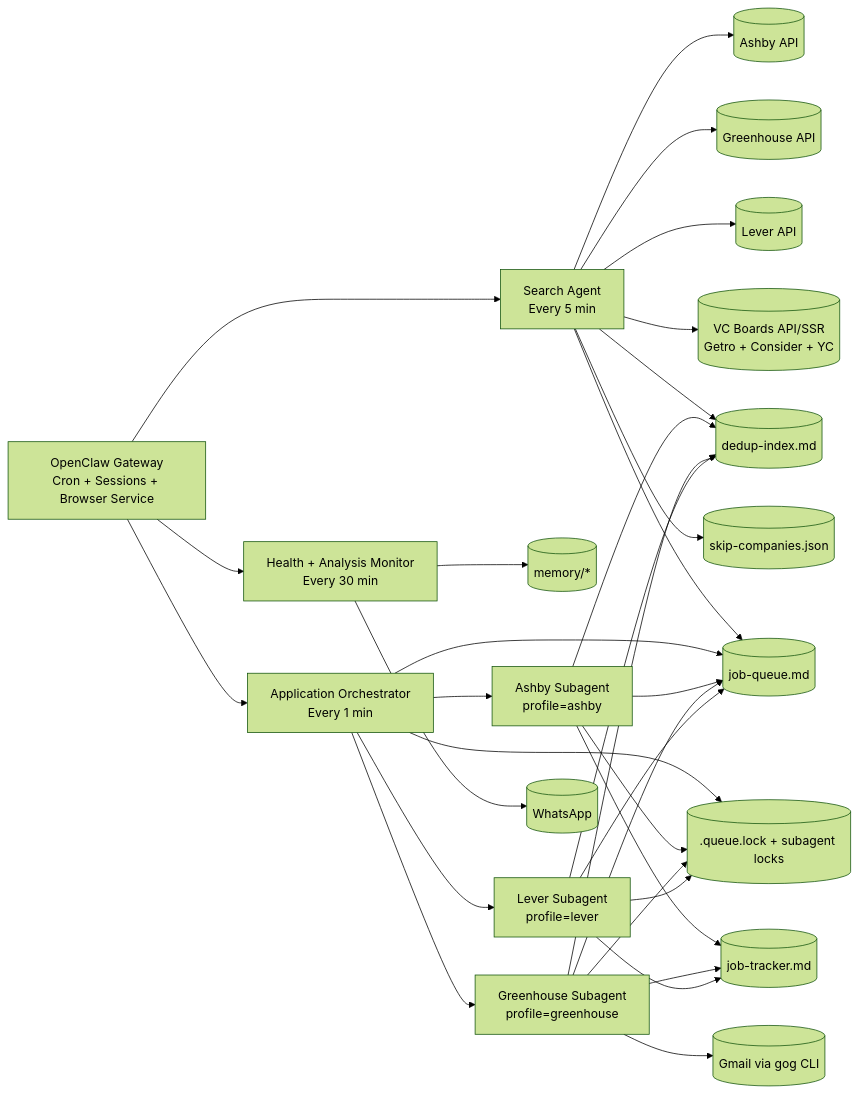
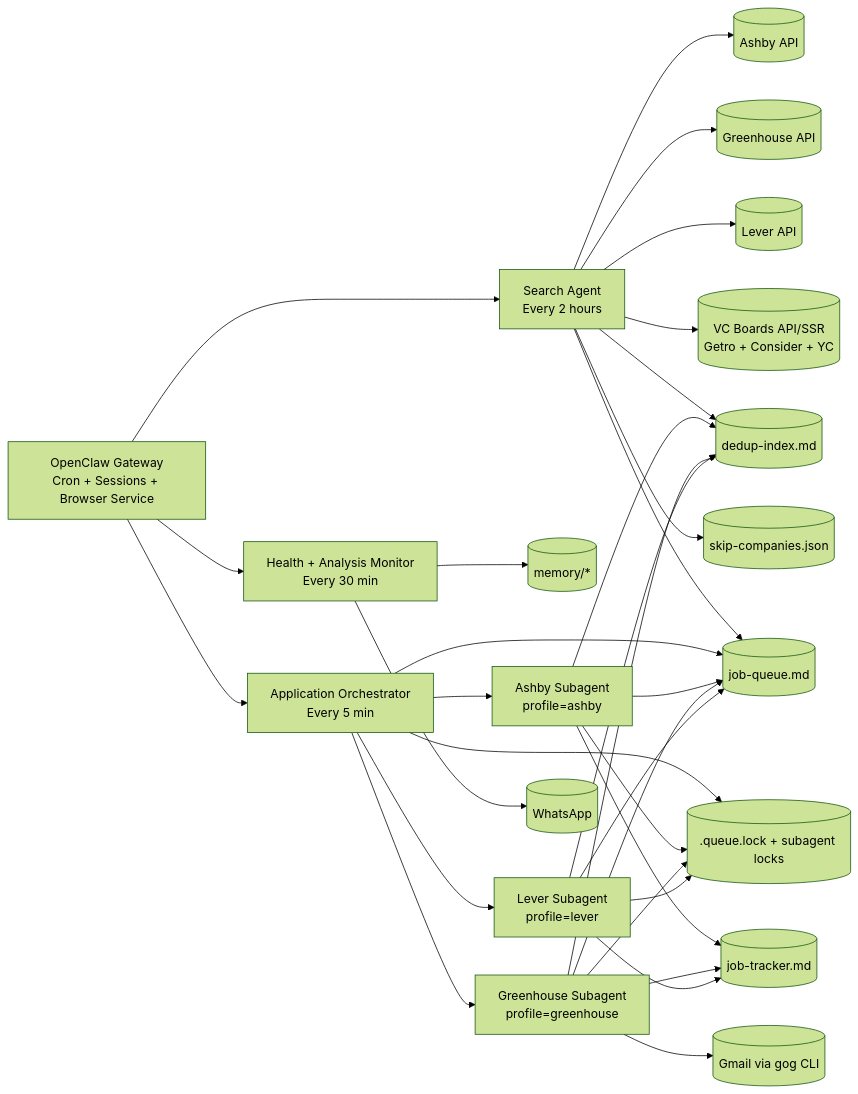
Before and after one commit to agi-2026/jobhunt: the first of 3 diagrams in README.md, drawn with Mermaid (forest theme). The commit also changed other lines of this file and 21 other files, not shown here.

````diff
--- a/README.md
+++ b/README.md
@@ -29,60 +29,60 @@
 ```mermaid
 flowchart LR
     OC[OpenClaw Gateway\nCron + Sessions + Browser Service]
-    SA[Search Agent\nEvery 5 min]
-    AO[Application Orchestrator\nEvery 1 min]
+    SA[Search Agent\nEvery 2 hours]
+    AO[Application Orchestrator\nEvery 5 min]
     HM[Health + Analysis Monitor\nEvery 30 min]
 
     Q[(job-queue.md)]
     D[(dedup-index.md)]
     T[(job-tracker.md)]
     L[(.queue.lock + subagent locks)]
     SKIP[(skip-companies.json)]
     MEM[(memory/*)]
 
     ASH[Ashby Subagent\nprofile=ashby]
     GH[Greenhouse Subagent\nprofile=greenhouse]
     LEV[Lever Subagent\nprofile=lever]
 
     ATSA[(Ashby API)]
     ATSG[(Greenhouse API)]
     ATSL[(Lever API)]
     VCB[(VC Boards API/SSR\nGetro + Consider + YC)]
     GMAIL[(Gmail via gog CLI)]
     WA[(WhatsApp)]
 
     OC --> SA
     OC --> AO
     OC --> HM
     SA --> ATSA
     SA --> ATSG
     SA --> ATSL
     SA --> VCB
     SA --> D
     SA --> SKIP
     SA --> Q
 
     AO --> L
     AO --> Q
     AO --> ASH
     AO --> GH
     AO --> LEV
 
     ASH --> L
     GH --> L
     LEV --> L
 
     ASH --> T
     GH --> T
     LEV --> T
     ASH --> D
     GH --> D
     LEV --> D
     ASH --> Q
     GH --> Q
     LEV --> Q
 
     GH --> GMAIL
     HM --> WA
     HM --> MEM
 ```
````
